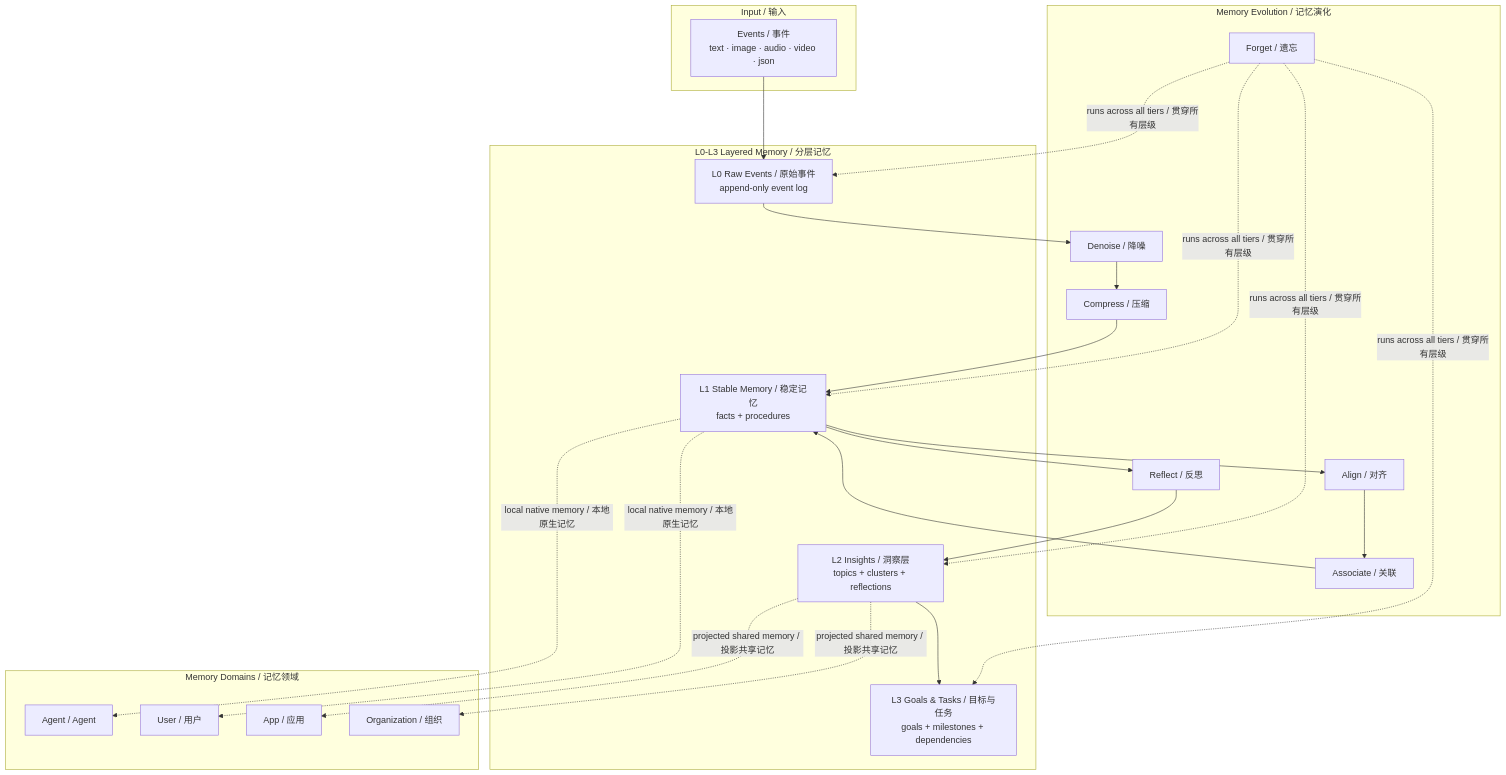
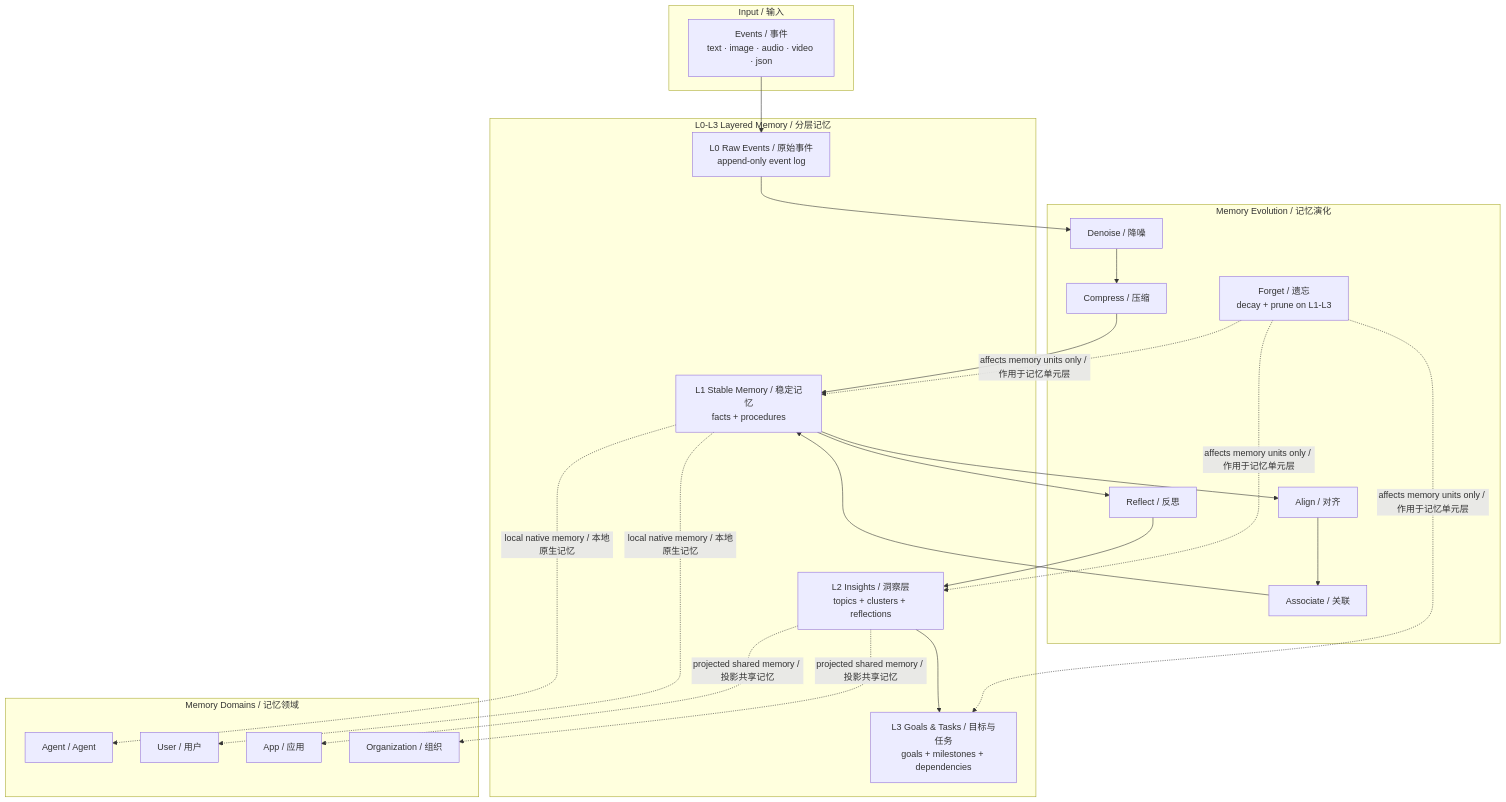
One commit to ai-akashic/Memorose changed the diagram in README-zh.md. Above: the diagram before and after it, drawn with Mermaid. The commit also changed 2 other files, not shown here.

Commit message:
Clarify forgetting scope in memory map

````diff
--- a/README-zh.md
+++ b/README-zh.md
@@ -252,43 +252,42 @@
 ```mermaid
 flowchart TD
     subgraph Input["Input / 输入"]
         I["Events / 事件<br/>text · image · audio · video · json"]
     end
 
     subgraph Layers["L0-L3 Layered Memory / 分层记忆"]
         L0["L0 Raw Events / 原始事件<br/>append-only event log"]
         L1["L1 Stable Memory / 稳定记忆<br/>facts + procedures"]
         L2["L2 Insights / 洞察层<br/>topics + clusters + reflections"]
         L3["L3 Goals & Tasks / 目标与任务<br/>goals + milestones + dependencies"]
     end
 
     subgraph Evolution["Memory Evolution / 记忆演化"]
         E1["Denoise / 降噪"]
         E2["Compress / 压缩"]
         E3["Align / 对齐"]
         E4["Associate / 关联"]
         E5["Reflect / 反思"]
-        E6["Forget / 遗忘"]
+        E6["Forget / 遗忘<br/>decay + prune on L1-L3"]
     end
 
     subgraph Domains["Memory Domains / 记忆领域"]
         D1["Agent / Agent"]
         D2["User / 用户"]
         D3["App / 应用"]
         D4["Organization / 组织"]
     end
 
     I --> L0
     L0 --> E1 --> E2 --> L1
     L1 --> E3 --> E4 --> L1
     L1 --> E5 --> L2
     L2 --> L3
     L1 -. local native memory / 本地原生记忆 .-> D1
     L1 -. local native memory / 本地原生记忆 .-> D2
     L2 -. projected shared memory / 投影共享记忆 .-> D3
     L2 -. projected shared memory / 投影共享记忆 .-> D4
-    E6 -. runs across all tiers / 贯穿所有层级 .-> L0
-    E6 -. runs across all tiers / 贯穿所有层级 .-> L1
-    E6 -. runs across all tiers / 贯穿所有层级 .-> L2
-    E6 -. runs across all tiers / 贯穿所有层级 .-> L3
+    E6 -. affects memory units only / 作用于记忆单元层 .-> L1
+    E6 -. affects memory units only / 作用于记忆单元层 .-> L2
+    E6 -. affects memory units only / 作用于记忆单元层 .-> L3
 ```
````
